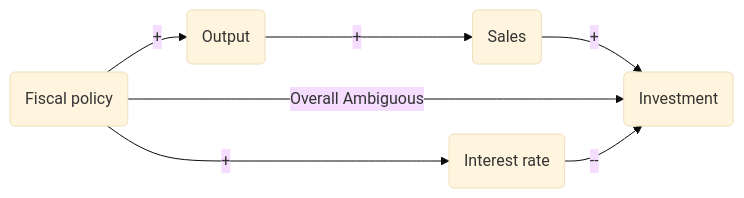
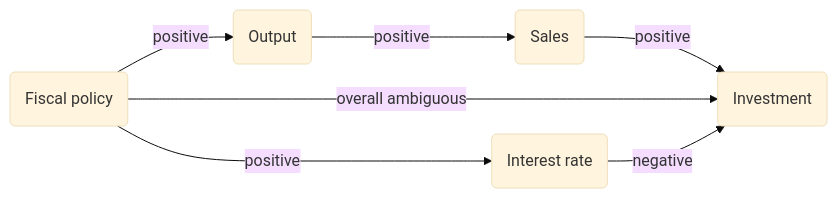
Before and after one commit to JermaineChen404/JermaineChen404.github.io: the fourth of 4 diagrams in docs/ECON2123/The IS-LM Model.md, drawn with Mermaid (base theme). The commit also changed other lines of this file, not shown here.

Commit message:
Update The IS-LM Model.md

````diff
--- a/docs/ECON2123/The IS-LM Model.md
+++ b/docs/ECON2123/The IS-LM Model.md
@@ -152,9 +152,9 @@
 ```mermaid
 flowchart LR
-	1(Fiscal policy) -->|+| 2(Output)
-	2 -->|+| 3(Sales)
-	3 -->|+| 4(Investment)
-	1 -->|Overall Ambiguous|4
-	1 -->|+| 5(Interest rate)
-	5 -->|--| 4
+	1(Fiscal policy) -->|positive| 2(Output)
+	2 -->|positive| 3(Sales)
+	3 -->|positive| 4(Investment)
+	1 -->|overall ambiguous|4
+	1 -->|positive| 5(Interest rate)
+	5 -->|negative| 4
 ```
````
